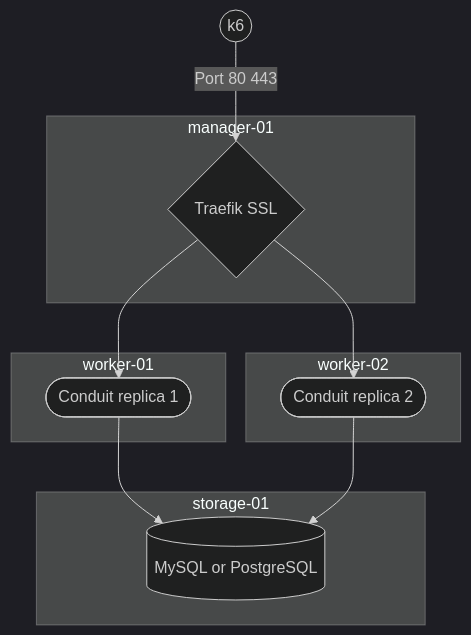
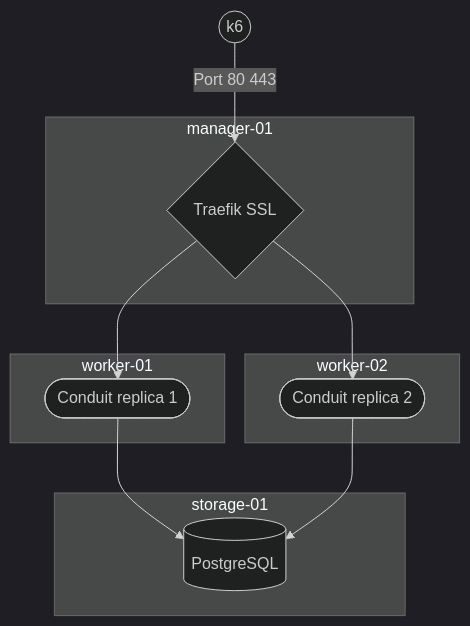
One commit to adr1enbe4udou1n/blog changed the diagram in content/posts/22-web-api-benchmarks-2024/index.md. Above: the diagram before and after it, drawn with Mermaid (dark theme). The commit also changed other lines of this file, not shown here.

```diff
--- a/content/posts/22-web-api-benchmarks-2024/index.md
+++ b/content/posts/22-web-api-benchmarks-2024/index.md
@@ -58,21 +55,21 @@
 {{< mermaid >}}
 flowchart TD
 client((k6))
 client -- Port 80 443 --> traefik-01
 subgraph manager-01
     traefik-01{Traefik SSL}
 end
 subgraph worker-01
     app-01([Conduit replica 1])
     traefik-01 --> app-01
 end
 subgraph worker-02
     app-02([Conduit replica 2])
     traefik-01 --> app-02
 end
 subgraph storage-01
-    DB[(MySQL or PostgreSQL)]
+    DB[(PostgreSQL)]
     app-01 --> DB
     app-02 --> DB
 end
 {{< /mermaid >}}
```
